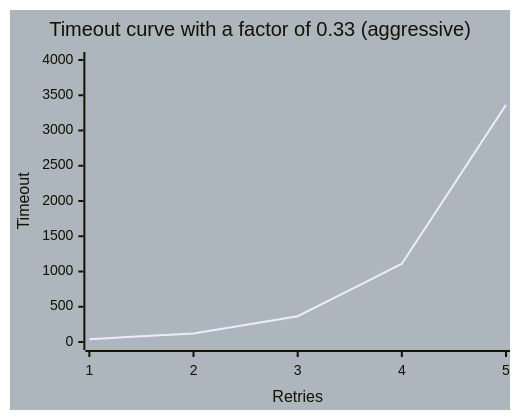
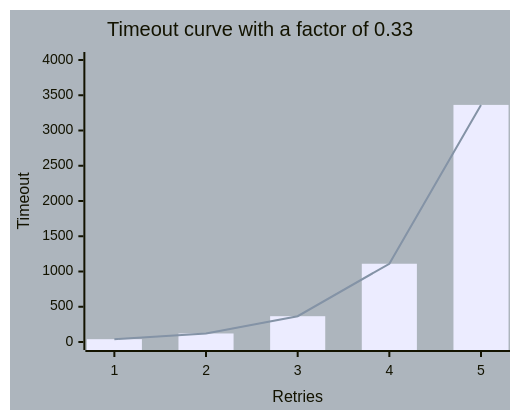
The third of 3 diagrams in README.md (vngthb/tryaga), drawn with Mermaid before and after one commit. The commit also changed other lines of this file and 2 other files, not shown here.

````diff
--- a/README.md
+++ b/README.md
@@ -54,18 +114,19 @@
 ```mermaid
 ---
 config:
     xyChart:
         width: 500
         height: 400
     themeVariables:
         xyChart:
             backgroundColor: "#adb5bd"
 ---
 xychart-beta
 
-    title "Timeout curve with a factor of 0.33 (aggressive)"
+    title "Timeout curve with a factor of 0.33"
 
     x-axis "Retries" [1, 2, 3, 4, 5]
     y-axis "Timeout" 0 --> 4000
+    bar [40, 121, 366, 1110, 3363]
     line [40, 121, 366, 1110, 3363]
 ```
````
